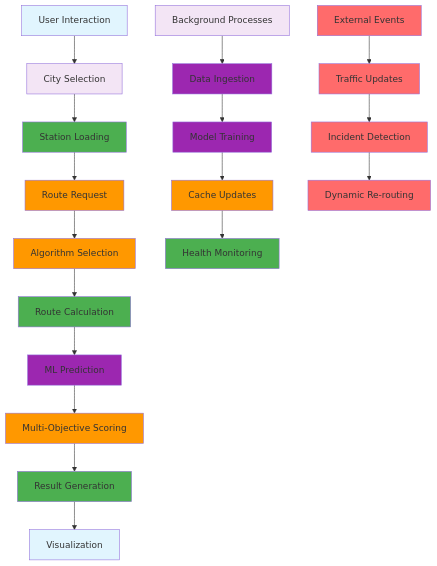
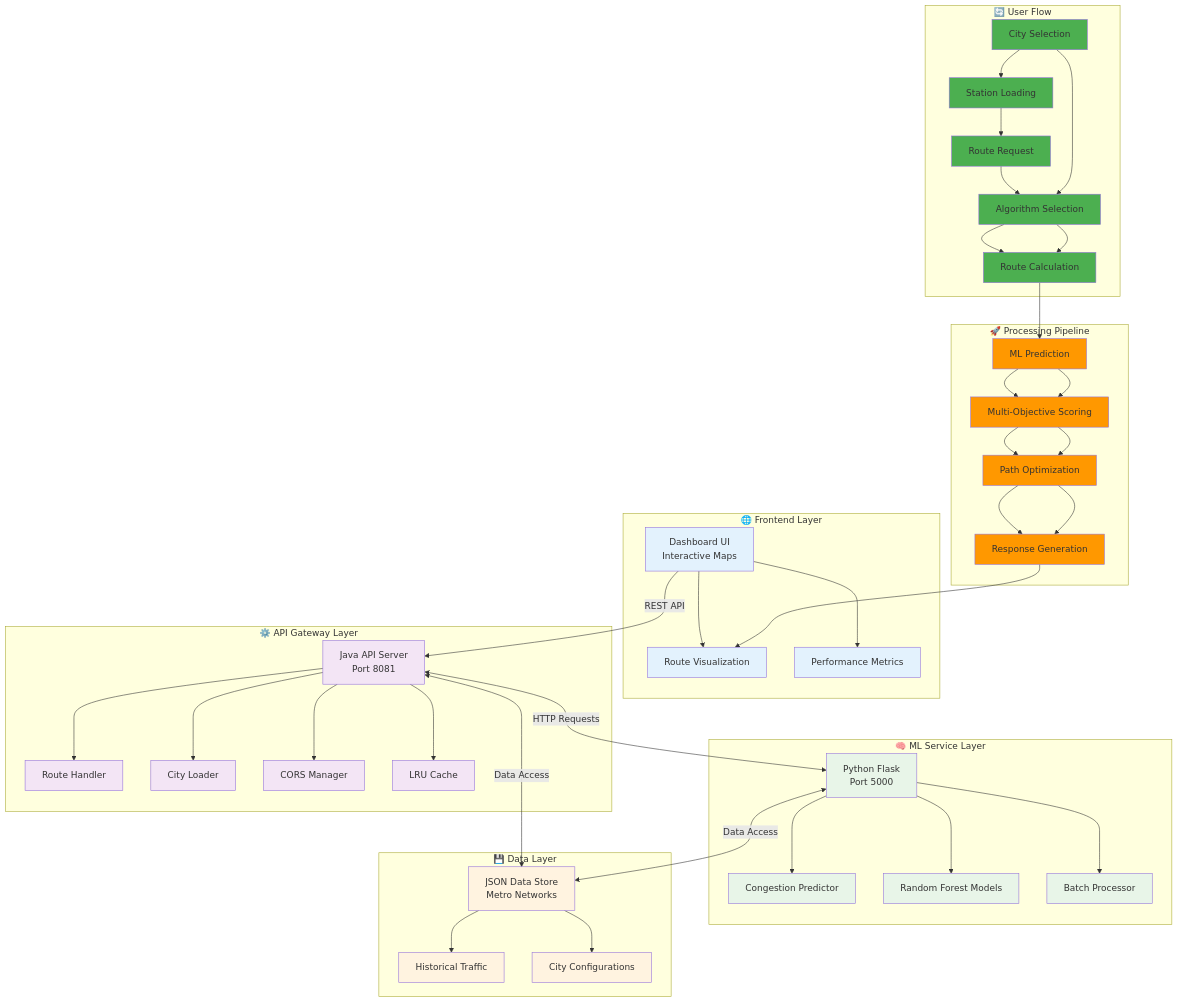
One commit to prachichoudhary2004/intelligent-metro-route-optimization changed the first of 3 diagrams in README.md. Above: the diagram before and after it, drawn with Mermaid. The commit also changed other lines of this file, not shown here.

Commit message:
docs: Improve system workflow with single comprehensive diagram
- Replace duplicate diagrams with single, enhanced workflow
- Use better, brighter colors for improved visibility
- Combine system architecture and workflow into unified diagram
- Include all layers: Frontend, API, ML, Data, User Flow, Processing
- Add clear visual separation with emojis and proper styling

````diff
--- a/README.md
+++ b/README.md
@@ -98,41 +61,80 @@
 ```mermaid
 flowchart TD
-    A[User Interaction] --> B[City Selection]
-    B --> C[Station Loading]
-    C --> D[Route Request]
-    D --> E[Algorithm Selection]
-    E --> F[Route Calculation]
-    F --> G[ML Prediction]
-    G --> H[Multi-Objective Scoring]
-    H --> I[Result Generation]
-    I --> J[Visualization]
+    subgraph "🌐 Frontend Layer"
+        A[Dashboard UI<br/>Interactive Maps]
+        A --> B[Route Visualization]
+        A --> C[Performance Metrics]
+    end
     
-    K[Background Processes] --> L[Data Ingestion]
-    L --> M[Model Training]
-    M --> N[Cache Updates]
-    N --> O[Health Monitoring]
+    subgraph "⚙️ API Gateway Layer"
+        D[Java API Server<br/>Port 8081]
+        D --> E[Route Handler]
+        D --> F[City Loader]
+        D --> G[CORS Manager]
+        D --> H[LRU Cache]
+    end
     
-    P[External Events] --> Q[Traffic Updates]
-    Q --> R[Incident Detection]
-    R --> S[Dynamic Re-routing]
+    subgraph "🧠 ML Service Layer"
+        I[Python Flask<br/>Port 5000]
+        I --> J[Congestion Predictor]
+        I --> K[Random Forest Models]
+        I --> L[Batch Processor]
+    end
     
-    style A fill:#e1f5fe
-    style B fill:#f3e5f5
-    style C fill:#4caf50
-    style D fill:#ff9800
-    style E fill:#ff9800
-    style F fill:#4caf50
-    style G fill:#9c27b0
-    style H fill:#ff9800
-    style I fill:#4caf50
-    style J fill:#e1f5fe
-    style K fill:#f3e5f5
-    style L fill:#9c27b0
-    style M fill:#9c27b0
-    style N fill:#ff9800
-    style O fill:#4caf50
-    style P fill:#ff6b6b
-    style Q fill:#ff6b6b
-    style R fill:#ff6b6b
-    style S fill:#ff6b6b
+    subgraph "💾 Data Layer"
+        M[JSON Data Store<br/>Metro Networks]
+        M --> N[Historical Traffic]
+        M --> O[City Configurations]
+    end
+    
+    subgraph "🔄 User Flow"
+        P[City Selection] --> Q[Station Loading]
+        Q --> R[Route Request]
+        R --> S[Algorithm Selection]
+        S --> T[Route Calculation]
+    end
+    
+    subgraph "🚀 Processing Pipeline"
+        U[ML Prediction] --> V[Multi-Objective Scoring]
+        V --> W[Path Optimization]
+        W --> X[Response Generation]
+    end
+    
+    A -->|REST API| D
+    D <-->|HTTP Requests| I
+    I <-->|Data Access| M
+    D <-->|Data Access| M
+    
+    P --> S
+    S --> T
+    T --> U
+    U --> V
+    V --> W
+    W --> X
+    X --> B
+    
+    style A fill:#e3f2fd
+    style B fill:#e3f2fd
+    style C fill:#e3f2fd
+    style D fill:#f3e5f5
+    style E fill:#f3e5f5
+    style F fill:#f3e5f5
+    style G fill:#f3e5f5
+    style H fill:#f3e5f5
+    style I fill:#e8f5e8
+    style J fill:#e8f5e8
+    style K fill:#e8f5e8
+    style L fill:#e8f5e8
+    style M fill:#fff3e0
+    style N fill:#fff3e0
+    style O fill:#fff3e0
+    style P fill:#4caf50
+    style Q fill:#4caf50
+    style R fill:#4caf50
+    style S fill:#4caf50
+    style T fill:#4caf50
+    style U fill:#ff9800
+    style V fill:#ff9800
+    style W fill:#ff9800
+    style X fill:#ff9800
 ```
````
